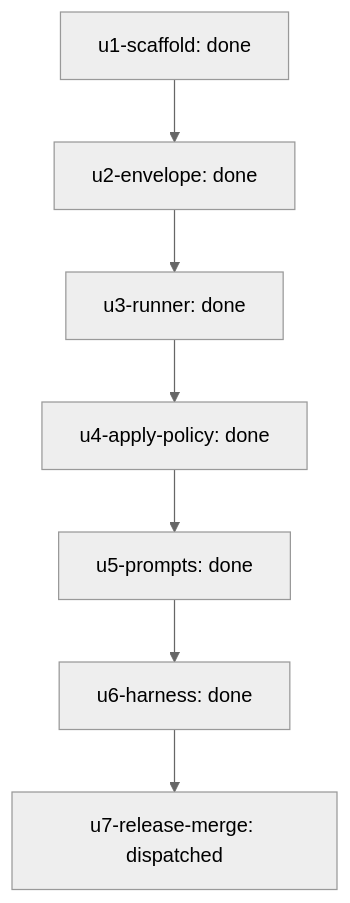
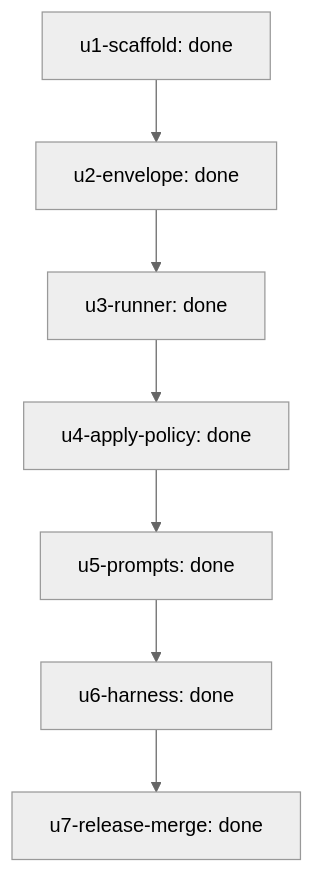
The diagram in docs/outcomes/antigravity-teammate-plugin/report.md (infiquetra/infiquetra-claude-plugins), drawn with Mermaid (neutral theme) before and after one commit. The commit also changed other lines of this file, not shown here.

````diff
--- a/docs/outcomes/antigravity-teammate-plugin/report.md
+++ b/docs/outcomes/antigravity-teammate-plugin/report.md
@@ -7,16 +7,16 @@
 ```mermaid
 flowchart TD
     u1-scaffold["u1-scaffold: done"]
     u2-envelope["u2-envelope: done"]
     u3-runner["u3-runner: done"]
     u4-apply-policy["u4-apply-policy: done"]
     u5-prompts["u5-prompts: done"]
     u6-harness["u6-harness: done"]
-    u7-release-merge["u7-release-merge: dispatched"]
+    u7-release-merge["u7-release-merge: done"]
     u1-scaffold --> u2-envelope
     u2-envelope --> u3-runner
     u3-runner --> u4-apply-policy
     u4-apply-policy --> u5-prompts
     u5-prompts --> u6-harness
     u6-harness --> u7-release-merge
 ```
````
